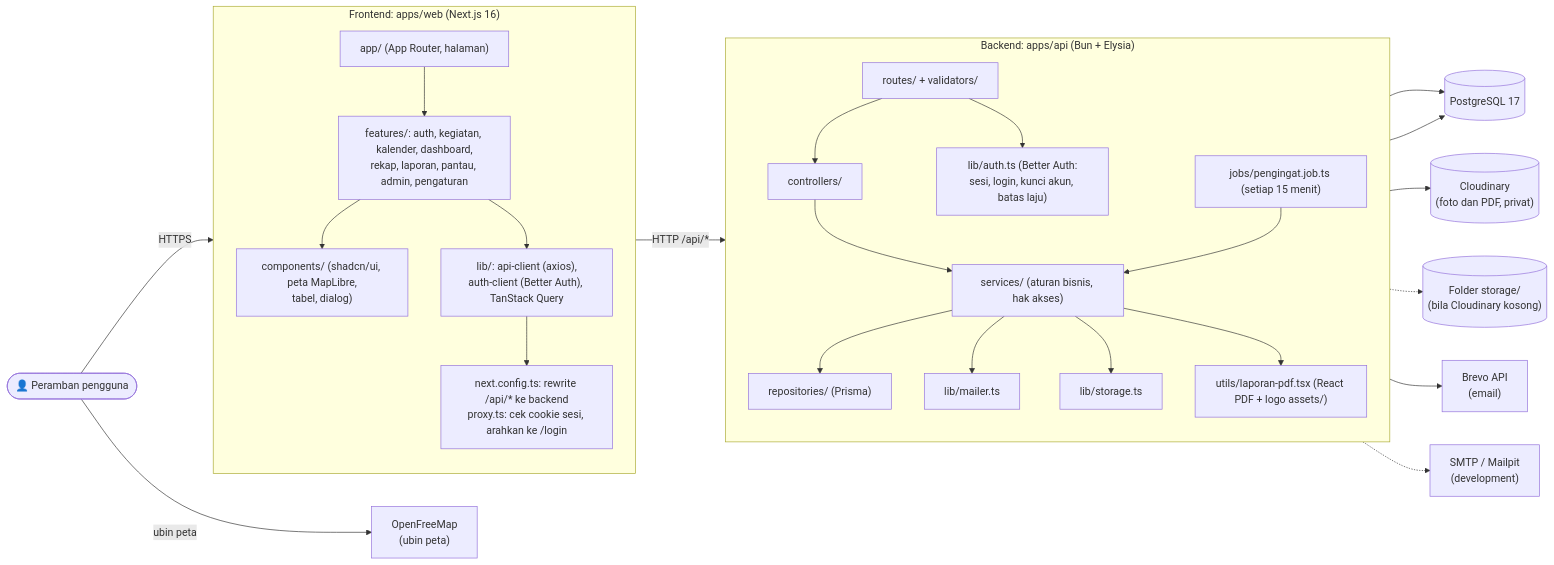
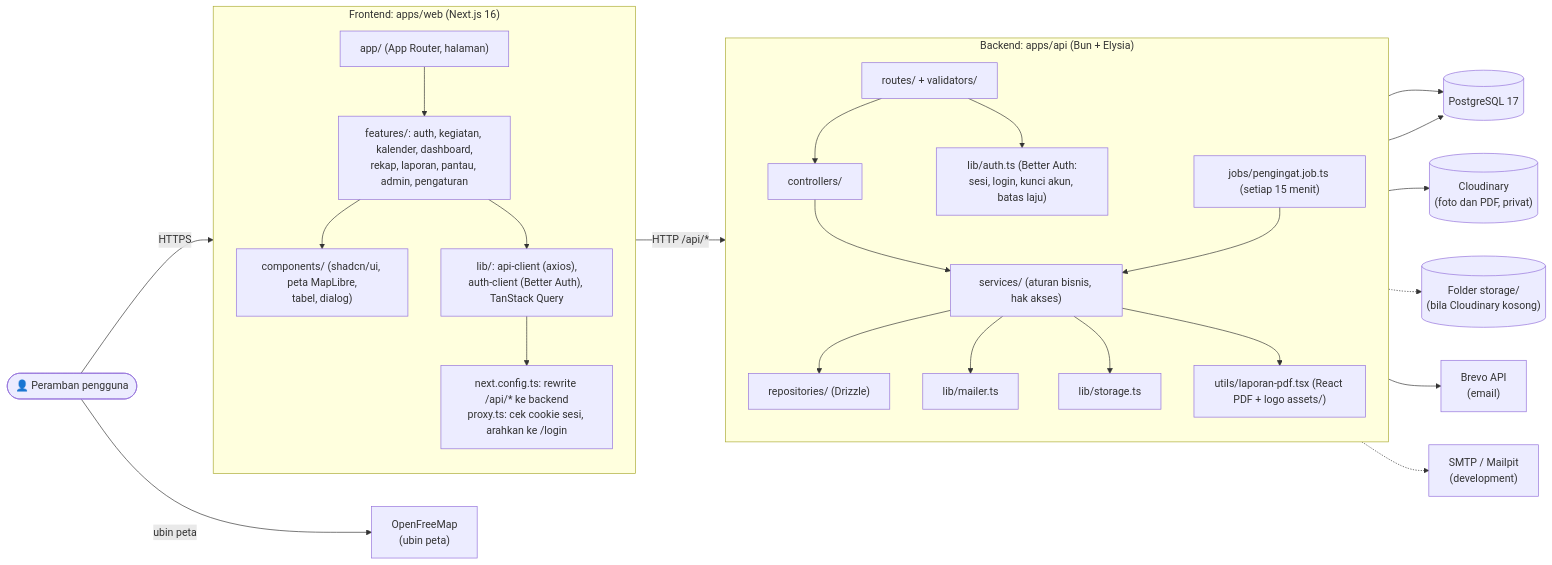
One commit to AhmadsTechDev/kegiatan-kominfo changed the diagram in docs/uml/07-component.md. Above: the diagram before and after it, drawn with Mermaid. The commit also changed 75 other files, not shown here.

First line of the commit message:
refactor: migrate backend from Prisma to Drizzle ORM

````diff
--- a/docs/uml/07-component.md
+++ b/docs/uml/07-component.md
@@ -3,51 +3,51 @@
 ```mermaid
 flowchart LR
     pengguna(["👤 Peramban pengguna"])
 
     subgraph web["Frontend: apps/web (Next.js 16)"]
         direction TB
         app["app/ (App Router, halaman)"]
         fitur["features/: auth, kegiatan, kalender, dashboard,<br/>rekap, laporan, pantau, admin, pengaturan"]
         shared["components/ (shadcn/ui, peta MapLibre,<br/>tabel, dialog)"]
         klien["lib/: api-client (axios),<br/>auth-client (Better Auth), TanStack Query"]
         proxy["next.config.ts: rewrite /api/* ke backend<br/>proxy.ts: cek cookie sesi, arahkan ke /login"]
         app --> fitur --> shared
         fitur --> klien --> proxy
     end
 
     subgraph api["Backend: apps/api (Bun + Elysia)"]
         direction TB
         routes["routes/ + validators/"]
         ctrl["controllers/"]
         svc["services/ (aturan bisnis, hak akses)"]
-        repo["repositories/ (Prisma)"]
+        repo["repositories/ (Drizzle)"]
         auth["lib/auth.ts (Better Auth:<br/>sesi, login, kunci akun, batas laju)"]
         mailer["lib/mailer.ts"]
         storage["lib/storage.ts"]
         pdf["utils/laporan-pdf.tsx (React PDF + logo assets/)"]
         job["jobs/pengingat.job.ts (setiap 15 menit)"]
         routes --> ctrl --> svc --> repo
         routes --> auth
         svc --> mailer
         svc --> storage
         svc --> pdf
         job --> svc
     end
 
     db[("PostgreSQL 17")]
     cloud[("Cloudinary<br/>(foto dan PDF, privat)")]
     lokal[("Folder storage/<br/>(bila Cloudinary kosong)")]
     brevo["Brevo API<br/>(email)"]
     smtp["SMTP / Mailpit<br/>(development)"]
     peta["OpenFreeMap<br/>(ubin peta)"]
 
     pengguna -- HTTPS --> app
     pengguna -- ubin peta --> peta
     proxy -- "HTTP /api/*" --> routes
     repo --> db
     auth --> db
     storage --> cloud
     storage -.-> lokal
     mailer --> brevo
     mailer -.-> smtp
 ```
````
